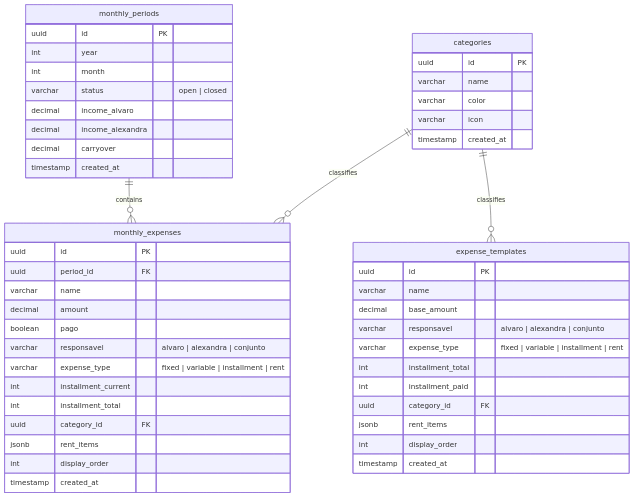
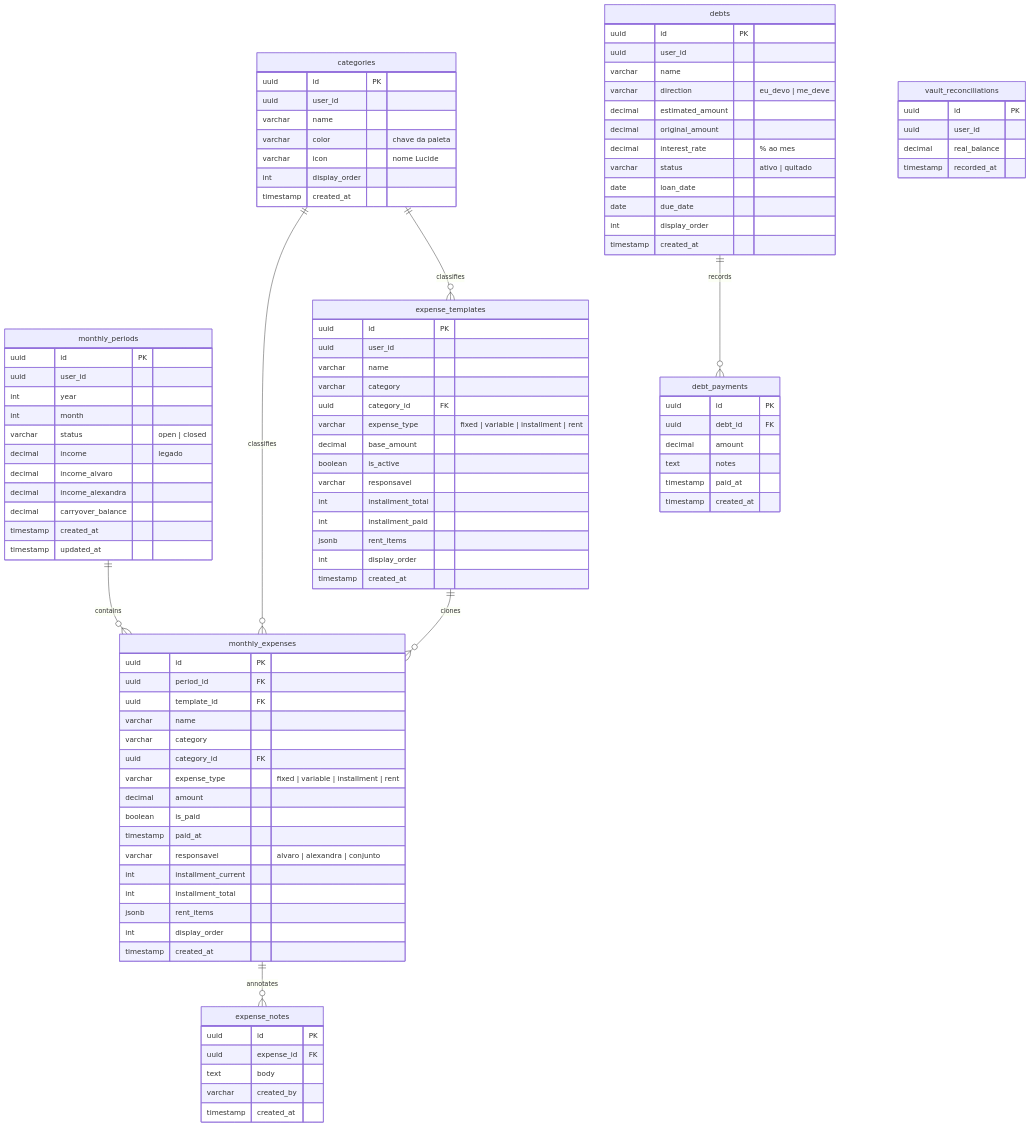
The diagram in DOCUMENTACAO.md (AlvaroAlano/nexo-lite), drawn with Mermaid before and after one commit. The commit also changed other lines of this file and 27 other files, not shown here.

````diff
--- a/DOCUMENTACAO.md
+++ b/DOCUMENTACAO.md
@@ -114,49 +202,98 @@
     monthly_periods ||--o{ monthly_expenses : contains
     categories ||--o{ monthly_expenses : classifies
     categories ||--o{ expense_templates : classifies
+    expense_templates ||--o{ monthly_expenses : clones
+    monthly_expenses ||--o{ expense_notes : annotates
+    debts ||--o{ debt_payments : records
     monthly_periods {
         uuid id PK
+        uuid user_id
         int year
         int month
         varchar status "open | closed"
+        decimal income "legado"
         decimal income_alvaro
         decimal income_alexandra
-        decimal carryover
+        decimal carryover_balance
         timestamp created_at
+        timestamp updated_at
     }
     monthly_expenses {
         uuid id PK
         uuid period_id FK
+        uuid template_id FK
         varchar name
+        varchar category
+        uuid category_id FK
+        varchar expense_type "fixed | variable | installment | rent"
         decimal amount
-        boolean pago
+        boolean is_paid
+        timestamp paid_at
         varchar responsavel "alvaro | alexandra | conjunto"
-        varchar expense_type "fixed | variable | installment | rent"
         int installment_current
         int installment_total
-        uuid category_id FK
         jsonb rent_items
         int display_order
         timestamp created_at
     }
     expense_templates {
         uuid id PK
+        uuid user_id
         varchar name
+        varchar category
+        uuid category_id FK
+        varchar expense_type "fixed | variable | installment | rent"
         decimal base_amount
-        varchar responsavel "alvaro | alexandra | conjunto"
-        varchar expense_type "fixed | variable | installment | rent"
+        boolean is_active
+        varchar responsavel
         int installment_total
         int installment_paid
-        uuid category_id FK
         jsonb rent_items
         int display_order
         timestamp created_at
     }
     categories {
         uuid id PK
+        uuid user_id
         varchar name
-        varchar color
-        varchar icon
+        varchar color "chave da paleta"
+        varchar icon "nome Lucide"
+        int display_order
+        timestamp created_at
+    }
+    debts {
+        uuid id PK
+        uuid user_id
+        varchar name
+        varchar direction "eu_devo | me_deve"
+        decimal estimated_amount
+        decimal original_amount
+        decimal interest_rate "% ao mes"
+        varchar status "ativo | quitado"
+        date loan_date
+        date due_date
+        int display_order
+        timestamp created_at
+    }
+    debt_payments {
+        uuid id PK
+        uuid debt_id FK
+        decimal amount
+        text notes
+        timestamp paid_at
+        timestamp created_at
+    }
+    vault_reconciliations {
+        uuid id PK
+        uuid user_id
+        decimal real_balance
+        timestamp recorded_at
+    }
+    expense_notes {
+        uuid id PK
+        uuid expense_id FK
+        text body
+        varchar created_by
         timestamp created_at
     }
 ```
````
